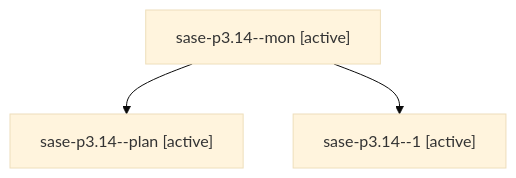
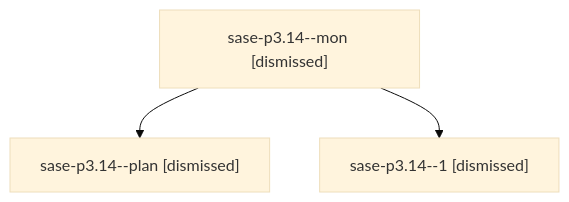
Before and after one commit to sase-org/sase--agents: the diagram in sessions/bbugyi200.athena.sase-p3.14.md, drawn with Mermaid (base theme). The commit also changed other lines of this file and 206 other files, not shown here.

````diff
--- a/sessions/bbugyi200.athena.sase-p3.14.md
+++ b/sessions/bbugyi200.athena.sase-p3.14.md
@@ -9,8 +9,8 @@
 ```mermaid
 flowchart TD
-  n0["sase-p3.14--mon [active]"]
-  n1["sase-p3.14--plan [active]"]
+  n0["sase-p3.14--mon [dismissed]"]
+  n1["sase-p3.14--plan [dismissed]"]
   n0 --> n1
-  n2["sase-p3.14--1 [active]"]
+  n2["sase-p3.14--1 [dismissed]"]
   n0 --> n2
 ```
````
